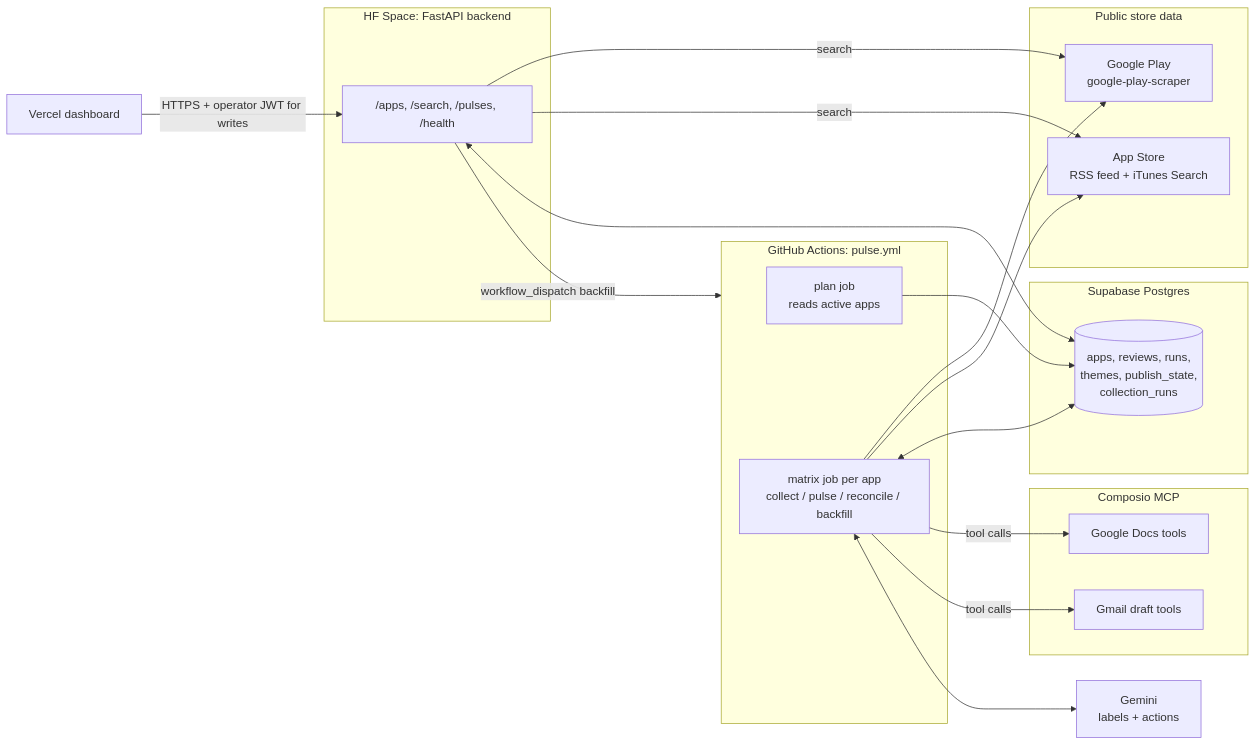
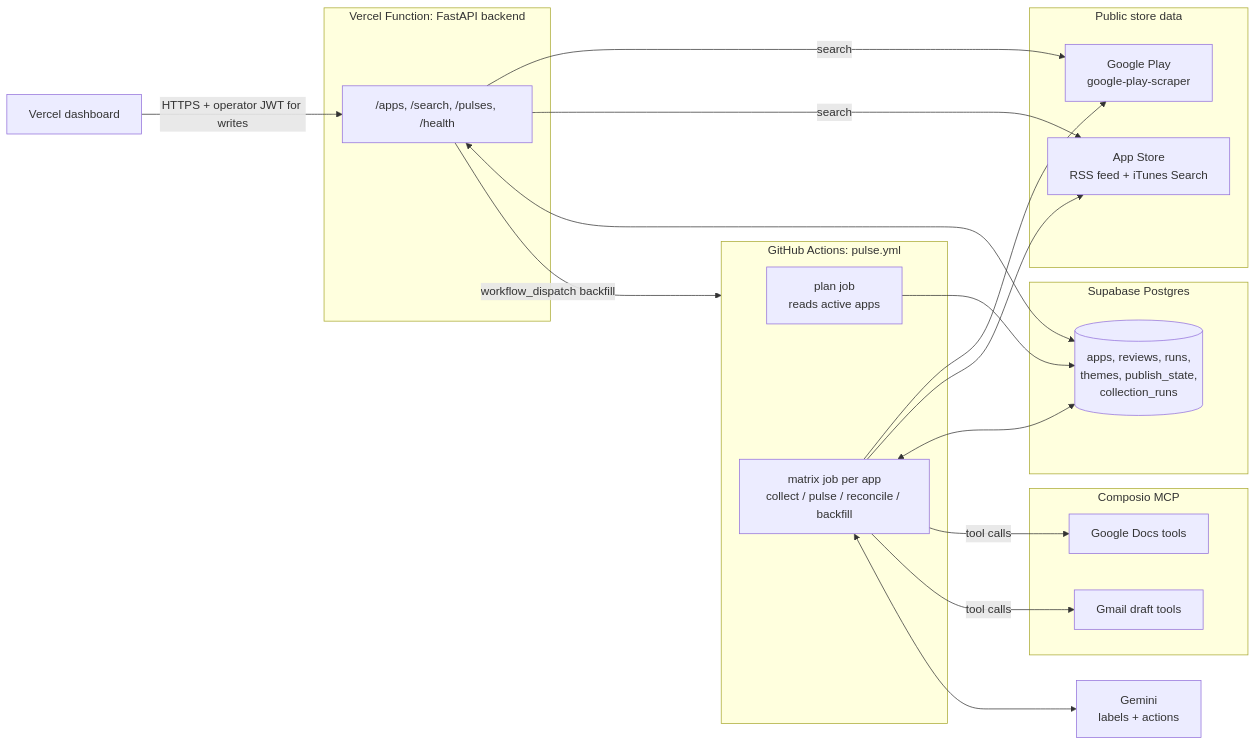
Before and after one commit to Saurabh682/groww-weekly-review-pulse: the first of 2 diagrams in docs/multi-app-architecture.md, drawn with Mermaid. The commit also changed other lines of this file and 10 other files, not shown here.

First line of the commit message:
Run the API on Vercel

````diff
--- a/docs/multi-app-architecture.md
+++ b/docs/multi-app-architecture.md
@@ -28,38 +28,38 @@
 ```mermaid
 flowchart LR
     subgraph Stores["Public store data"]
         PS["Google Play<br/>google-play-scraper"]
         AS["App Store<br/>RSS feed + iTunes Search"]
     end
 
     subgraph GH["GitHub Actions: pulse.yml"]
         PL["plan job<br/>reads active apps"]
         MX["matrix job per app<br/>collect / pulse / reconcile / backfill"]
     end
 
-    subgraph HF["HF Space: FastAPI backend"]
+    subgraph HF["Vercel Function: FastAPI backend"]
         API["/apps, /search, /pulses, /health"]
     end
 
     subgraph SB["Supabase Postgres"]
         DB[("apps, reviews, runs,<br/>themes, publish_state,<br/>collection_runs")]
     end
 
     subgraph CP["Composio MCP"]
         GD["Google Docs tools"]
         GM["Gmail draft tools"]
     end
 
     UI["Vercel dashboard"] -->|HTTPS + operator JWT for writes| API
     API -->|search| PS
     API -->|search| AS
     API <--> DB
     API -->|workflow_dispatch backfill| GH
     PL --> DB
     MX --> PS
     MX --> AS
     MX <--> DB
     MX -->|tool calls| GD
     MX -->|tool calls| GM
     MX <--> LLM["Gemini<br/>labels + actions"]
 ```
````
